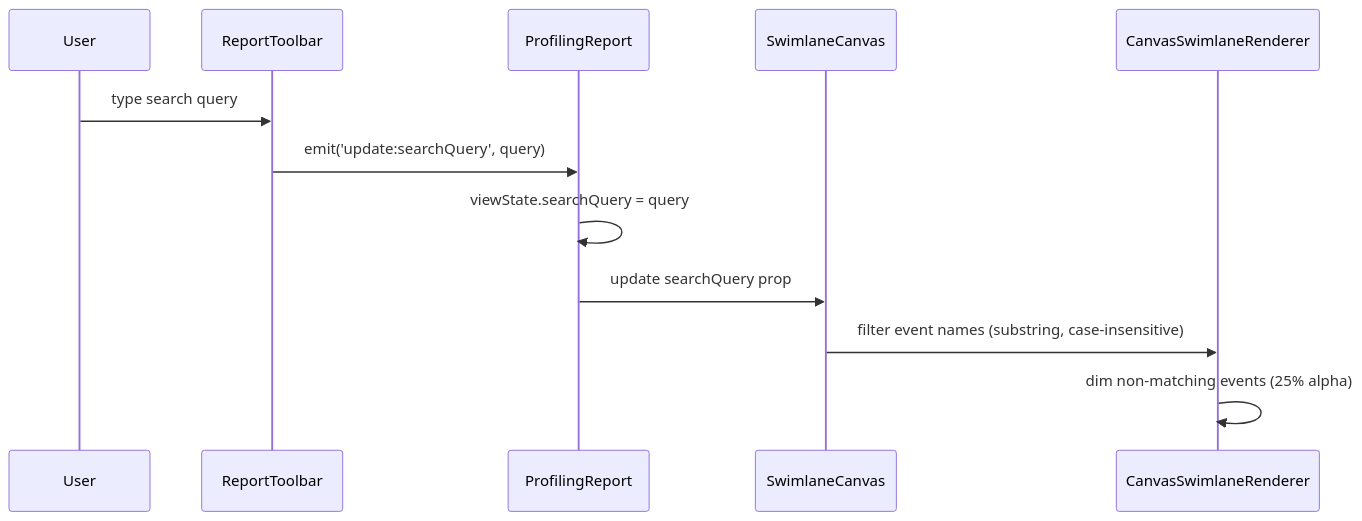
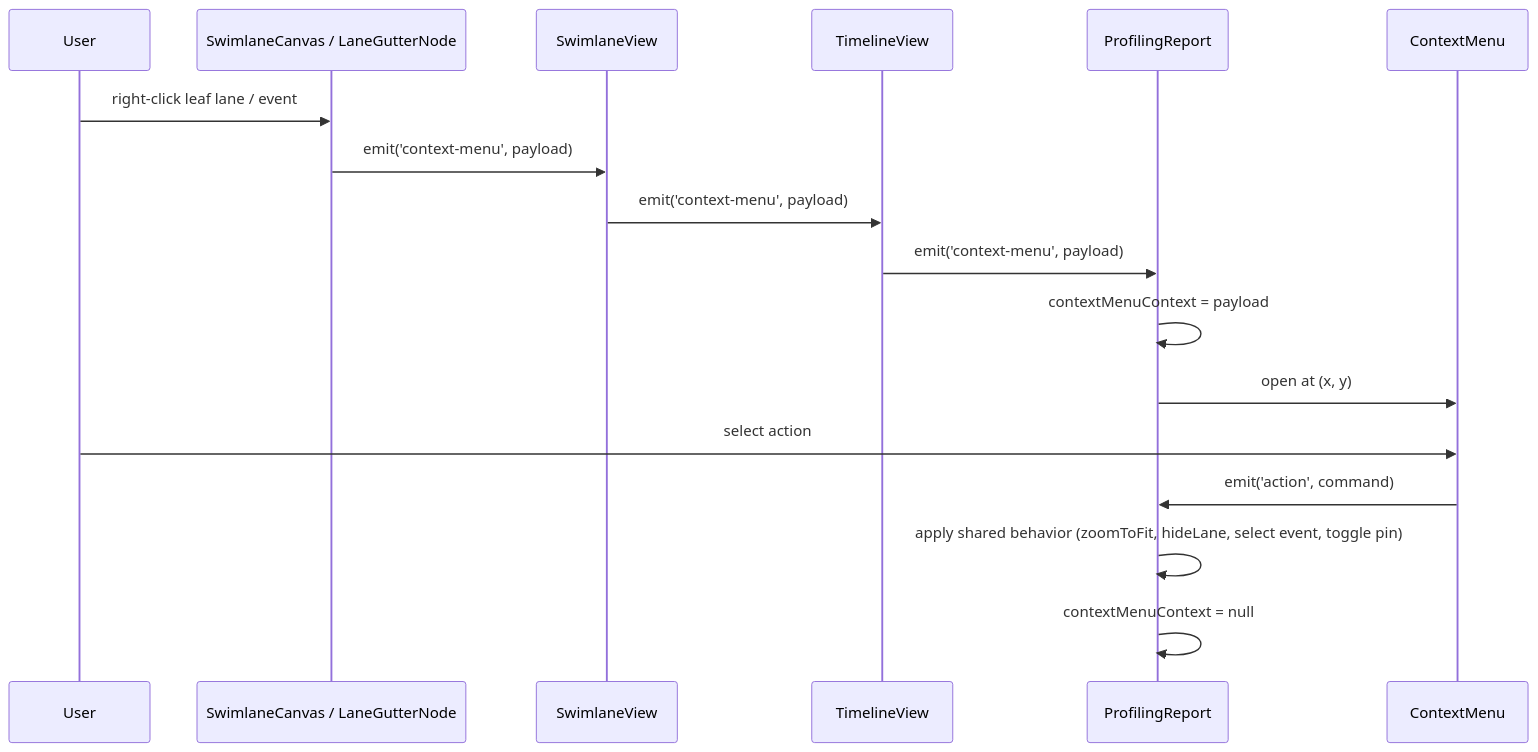
One commit to IdeFrontend/profiling-report changed the fourth of 5 diagrams in src/ui/ProfilingReport/ProfilingReport.spec.md. Above: the diagram before and after it, drawn with Mermaid. The commit also changed other lines of this file and 14 other files, not shown here.

First line of the commit message:
docs: spec ContextMenu redesign superseding PR #33

````diff
--- a/src/ui/ProfilingReport/ProfilingReport.spec.md
+++ b/src/ui/ProfilingReport/ProfilingReport.spec.md
@@ -94,15 +94,20 @@
 ```mermaid
 sequenceDiagram
     participant User
-    participant Toolbar as ReportToolbar
+    participant Surface as SwimlaneCanvas / LaneGutterNode
+    participant Swim as SwimlaneView
+    participant Timeline as TimelineView
     participant Root as ProfilingReport
-    participant Canvas as SwimlaneCanvas
-    participant Renderer as CanvasSwimlaneRenderer
+    participant Menu as ContextMenu
 
-    User->>Toolbar: type search query
-    Toolbar->>Root: emit('update:searchQuery', query)
-    Root->>Root: viewState.searchQuery = query
-    Root->>Canvas: update searchQuery prop
-    Canvas->>Renderer: filter event names (substring, case-insensitive)
-    Renderer->>Renderer: dim non-matching events (25% alpha)
+    User->>Surface: right-click leaf lane / event
+    Surface->>Swim: emit('context-menu', payload)
+    Swim->>Timeline: emit('context-menu', payload)
+    Timeline->>Root: emit('context-menu', payload)
+    Root->>Root: contextMenuContext = payload
+    Root->>Menu: open at (x, y)
+    User->>Menu: select action
+    Menu->>Root: emit('action', command)
+    Root->>Root: apply shared behavior (zoomToFit, hideLane, select event, toggle pin)
+    Root->>Root: contextMenuContext = null
 ```
````
